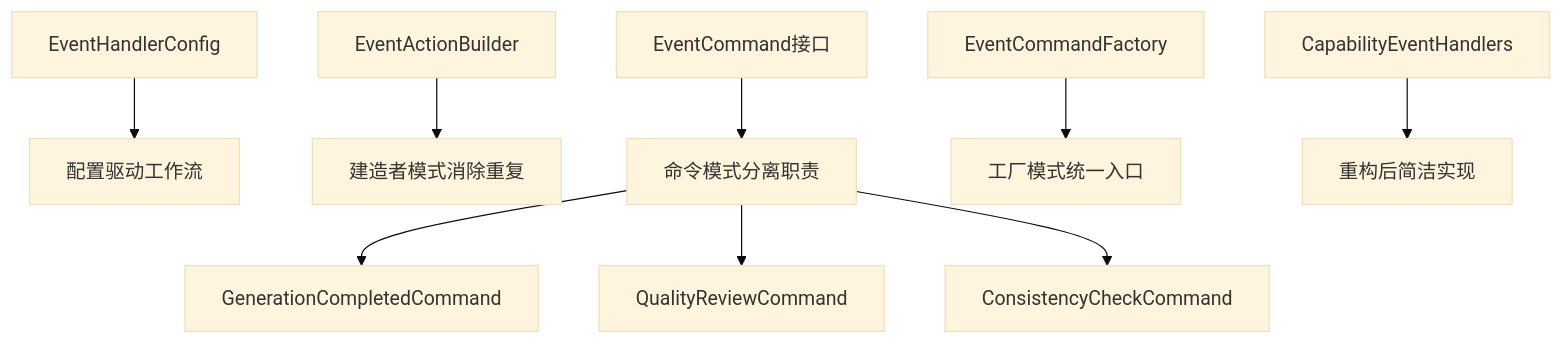
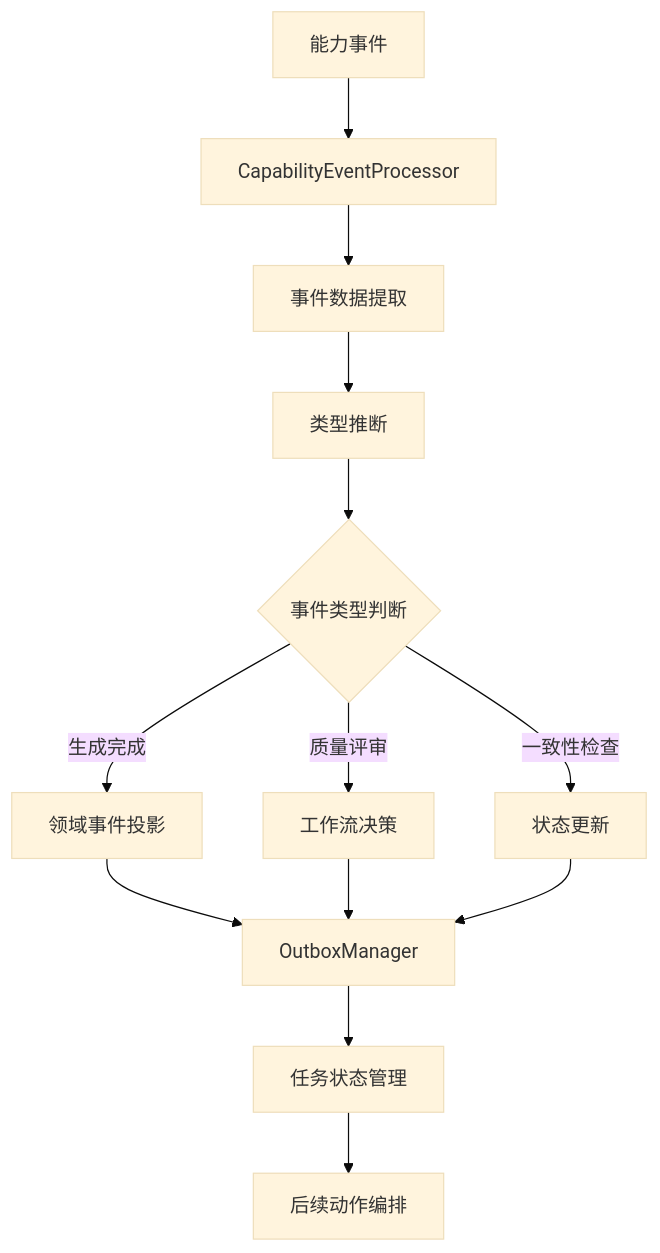
Before and after one commit to zhiyue/infinite-scribe: diagram 31 of 50 in apps/backend/src/agents/orchestrator/README.md, drawn with Mermaid (base theme). The commit also changed other lines of this file, not shown here.

First line of the commit message:
docs: update README.md to reflect event handlers architectural simplification

````diff
--- a/apps/backend/src/agents/orchestrator/README.md
+++ b/apps/backend/src/agents/orchestrator/README.md
@@ -1623,14 +1578,18 @@
 ```mermaid
 graph TD
-    A[EventHandlerConfig] --> B[配置驱动工作流]
-    C[EventActionBuilder] --> D[建造者模式消除重复]
-    E[EventCommand接口] --> F[命令模式分离职责]
-
-    F --> G[GenerationCompletedCommand]
-    F --> H[QualityReviewCommand]
-    F --> I[ConsistencyCheckCommand]
-
-    J[EventCommandFactory] --> K[工厂模式统一入口]
-
-    L[CapabilityEventHandlers] --> M[重构后简洁实现]
+    A[能力事件] --> B[CapabilityEventProcessor]
+    B --> C[事件数据提取]
+    C --> D[类型推断]
+    D --> E{事件类型判断}
+    
+    E -->|生成完成| F[领域事件投影]
+    E -->|质量评审| G[工作流决策]
+    E -->|一致性检查| H[状态更新]
+    
+    F --> I[OutboxManager]
+    G --> I
+    H --> I
+    
+    I --> J[任务状态管理]
+    J --> K[后续动作编排]
 ```
````
